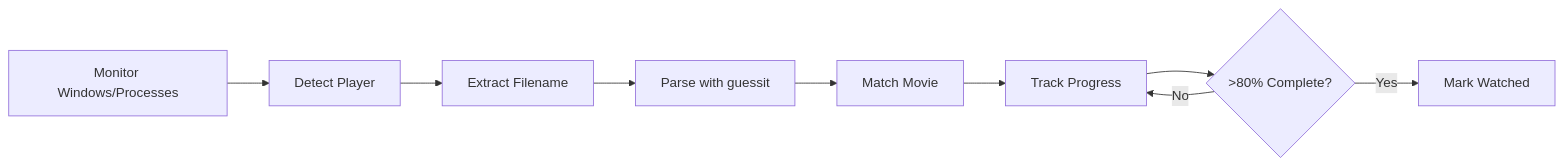
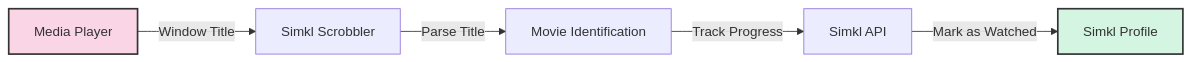
One commit to ByteTrix/Media-Player-Scrobbler-for-Simkl changed the diagram in README.md. Above: the diagram before and after it, drawn with Mermaid. The commit also changed other lines of this file and 24 other files, not shown here.

````diff
--- a/README.md
+++ b/README.md
@@ -259,11 +54,10 @@
 ```mermaid
 graph LR
-    A[Monitor Windows/Processes] --> B[Detect Player]
-    B --> C[Extract Filename]
-    C --> D[Parse with guessit]
-    D --> E[Match Movie]
-    E --> F[Track Progress]
-    F --> G{>80% Complete?}
-    G -->|Yes| H[Mark Watched]
-    G -->|No| F
+    A[Media Player] -->|Window Title| B[Simkl Scrobbler]
+    B -->|Parse Title| C[Movie Identification]
+    C -->|Track Progress| D[Simkl API]
+    D -->|Mark as Watched| E[Simkl Profile]
+    
+    style A fill:#f9d5e5,stroke:#333,stroke-width:2px
+    style E fill:#d5f5e3,stroke:#333,stroke-width:2px
 ```
````
